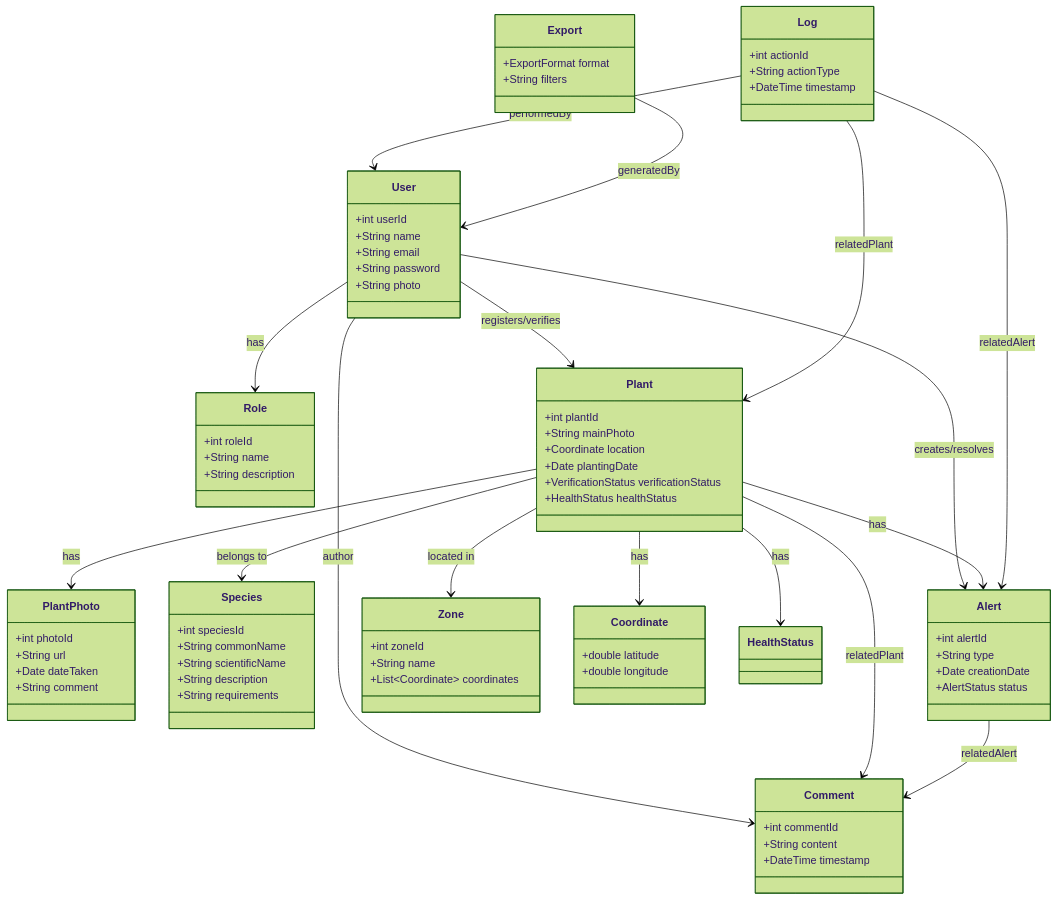
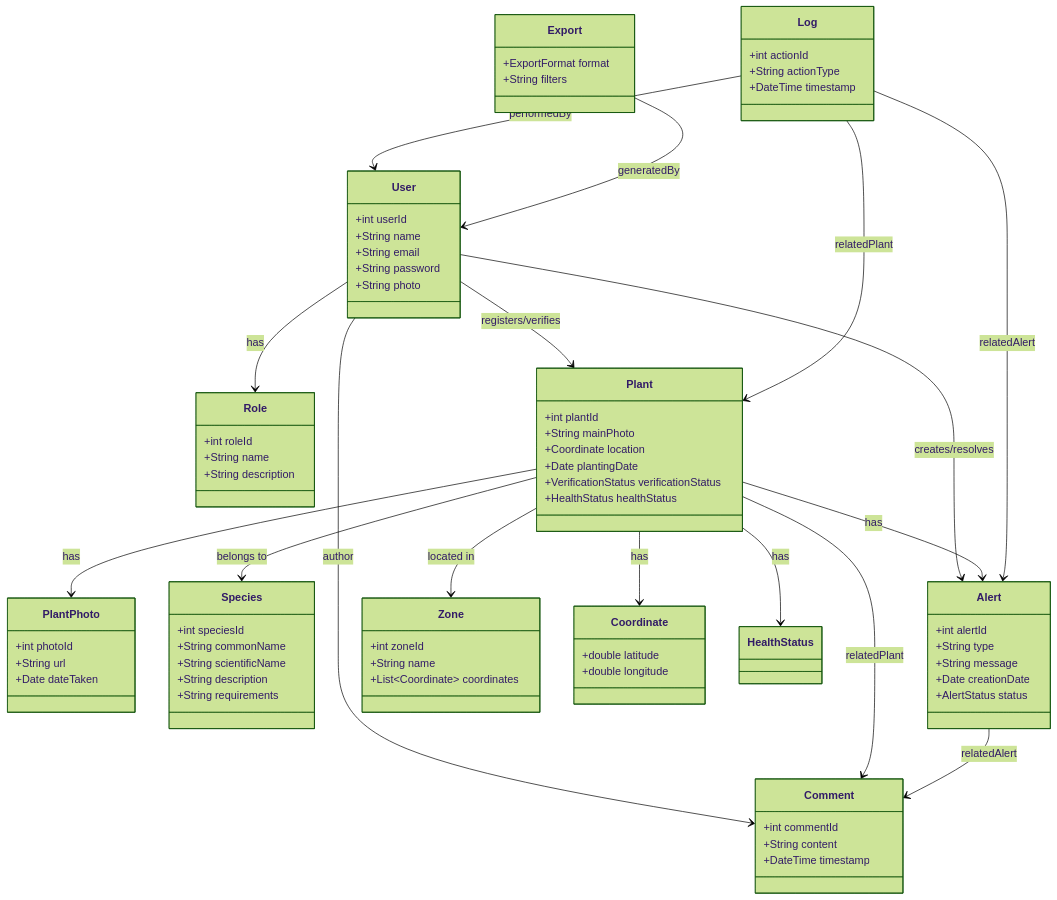
Before and after one commit to SegoviaVictoria/Proyectos: the diagram in Counting Tree/UML.md, drawn with Mermaid (forest theme). The commit also changed other lines of this file and 13 other files, not shown here.

```diff
--- a/Counting Tree/UML.md
+++ b/Counting Tree/UML.md
@@ -27,7 +27,6 @@
         +int photoId
         +String url
         +Date dateTaken
-        +String comment
     }
 
     class Species {
@@ -41,6 +40,7 @@
     class Alert {
         +int alertId
         +String type
+        +String message
         +Date creationDate
         +AlertStatus status
     }
```
